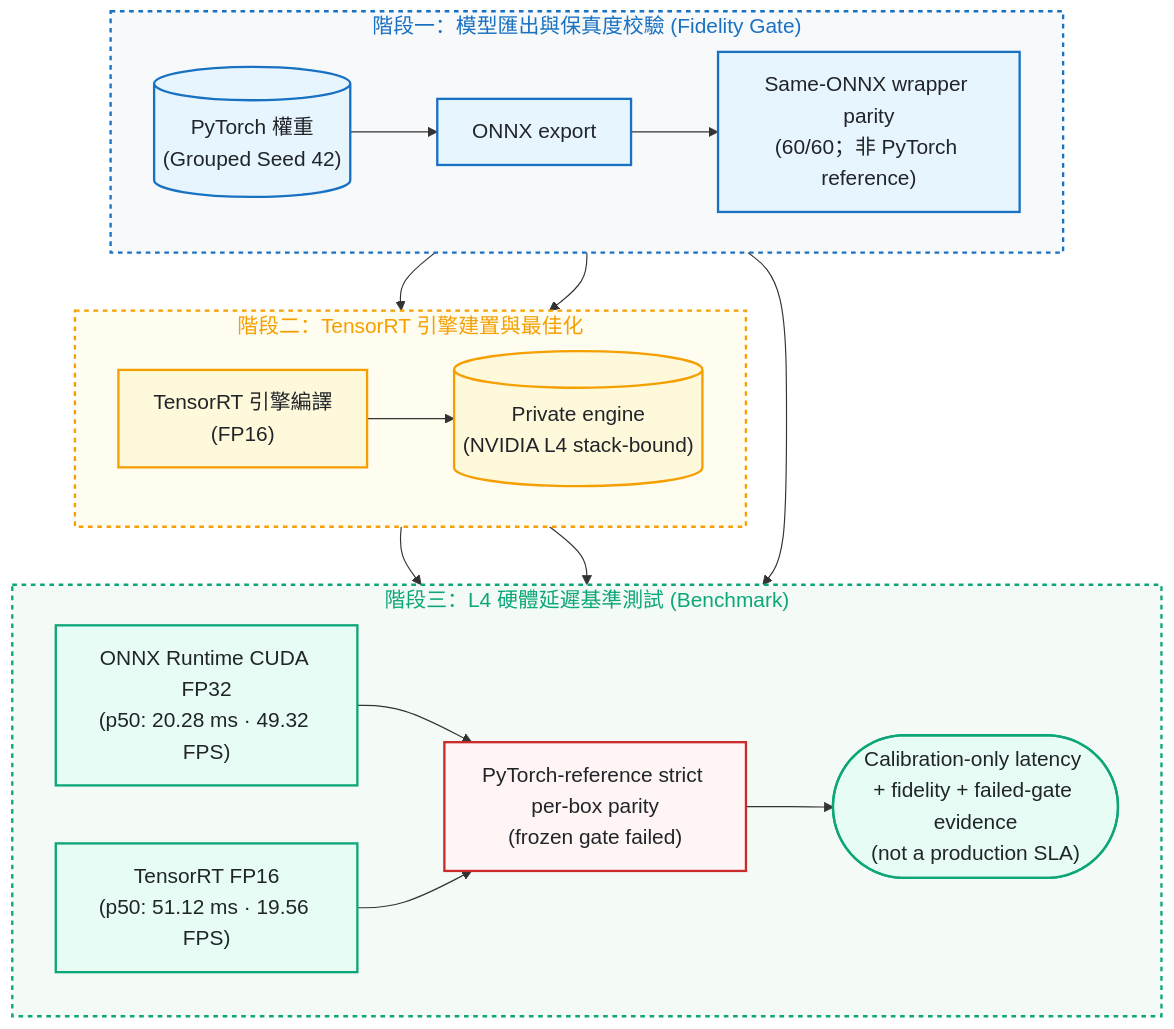
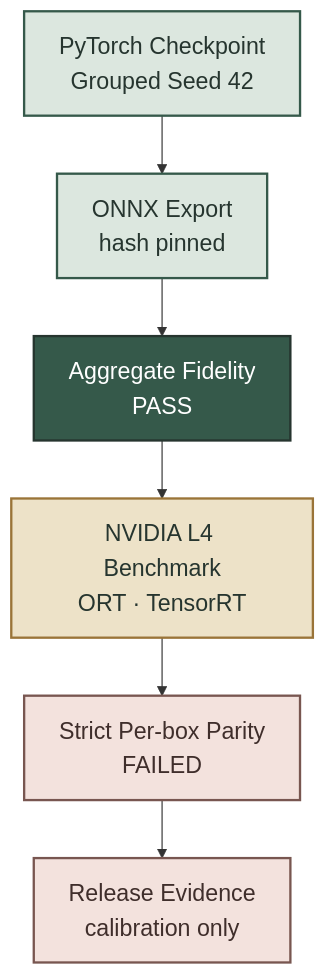
Before and after one commit to kuotunyu/pcb-defect-detection: the fifth of 5 diagrams in README.md, drawn with Mermaid. The commit also changed other lines of this file, not shown here.

Commit message:
docs: make README diagrams readable

````diff
--- a/README.md
+++ b/README.md
@@ -286,40 +206,25 @@
 ```mermaid
-%%{init: {'themeVariables': {'fontSize': '18px'}}}%%
-flowchart TD
+%%{init: {'themeVariables': {'fontSize': '20px'}}}%%
+flowchart TB
     accTitle: ONNX fidelity 與 NVIDIA L4 多後端部署管線
     accDescr: PyTorch 模型匯出 ONNX 後進行 wrapper parity、L4 多後端 latency 與 PyTorch-reference strict per-box parity；failed gate 只發布 calibration evidence。
 
-    subgraph ExportStage ["階段一：模型匯出與保真度校驗 (Fidelity Gate)"]
-        direction LR
-        PyTorch[("PyTorch 權重<br/>(Grouped Seed 42)")] --> ONNX["ONNX export"] --> Parity["Same-ONNX wrapper parity<br/>(60/60；非 PyTorch reference)"]
-    end
+    Source["PyTorch Checkpoint<br/>Grouped Seed 42"]
+    ONNX["ONNX Export<br/>hash pinned"]
+    Fidelity["Aggregate Fidelity<br/>PASS"]
+    Benchmark["NVIDIA L4 Benchmark<br/>ORT · TensorRT"]
+    Parity["Strict Per-box Parity<br/>FAILED"]
+    Evidence["Release Evidence<br/>calibration only"]
 
-    subgraph EngineStage ["階段二：TensorRT 引擎建置與最佳化"]
-        direction LR
-        Parity --> TRT["TensorRT 引擎編譯<br/>(FP16)"] --> Engine[("Private engine<br/>(NVIDIA L4 stack-bound)")]
-    end
+    Source --> ONNX --> Fidelity --> Benchmark --> Parity --> Evidence
 
-    subgraph BenchStage ["階段三：L4 硬體延遲基準測試 (Benchmark)"]
-        direction LR
-        Parity --> ORT["ONNX Runtime CUDA FP32<br/>(p50: 20.28 ms · 49.32 FPS)"]
-        Engine --> TRTLatency["TensorRT FP16<br/>(p50: 51.12 ms · 19.56 FPS)"]
-        ORT & TRTLatency --> StrictParity["PyTorch-reference strict per-box parity<br/>(frozen gate failed)"]
-        StrictParity --> Out(["Calibration-only latency + fidelity + failed-gate evidence<br/>(not a production SLA)"])
-    end
+    classDef source fill:#DCE7DF,stroke:#35594A,stroke-width:2px,color:#26352F
+    classDef process fill:#EDE2C8,stroke:#9A7438,stroke-width:2px,color:#26352F
+    classDef pass fill:#35594A,stroke:#26352F,stroke-width:2px,color:#FFFFFF
+    classDef blocked fill:#F3E2DD,stroke:#785650,stroke-width:2px,color:#3F2E2B
 
-    ExportStage --> EngineStage --> BenchStage
-
-    classDef srcStyle fill:#e7f5ff,stroke:#1971c2,stroke-width:2px,color:#212529
-    classDef procStyle fill:#fff9db,stroke:#f59f00,stroke-width:2px,color:#212529
-    classDef evalStyle fill:#e6fcf5,stroke:#0ca678,stroke-width:2px,color:#212529
-    classDef failStyle fill:#fff5f5,stroke:#c92a2a,stroke-width:2px,color:#212529
-
-    class PyTorch,ONNX,Parity srcStyle
-    class TRT,Engine procStyle
-    class ORT,TRTLatency,Out evalStyle
-    class StrictParity failStyle
-
-    style ExportStage fill:#f8f9fa,stroke:#1971c2,stroke-width:2px,color:#1971c2,stroke-dasharray: 4 4
-    style EngineStage fill:#fffcf0,stroke:#f59f00,stroke-width:2px,color:#f59f00,stroke-dasharray: 4 4
-    style BenchStage fill:#f4fbf7,stroke:#0ca678,stroke-width:2px,color:#0ca678,stroke-dasharray: 4 4
+    class Source,ONNX source
+    class Benchmark process
+    class Fidelity pass
+    class Parity,Evidence blocked
 ```
````
